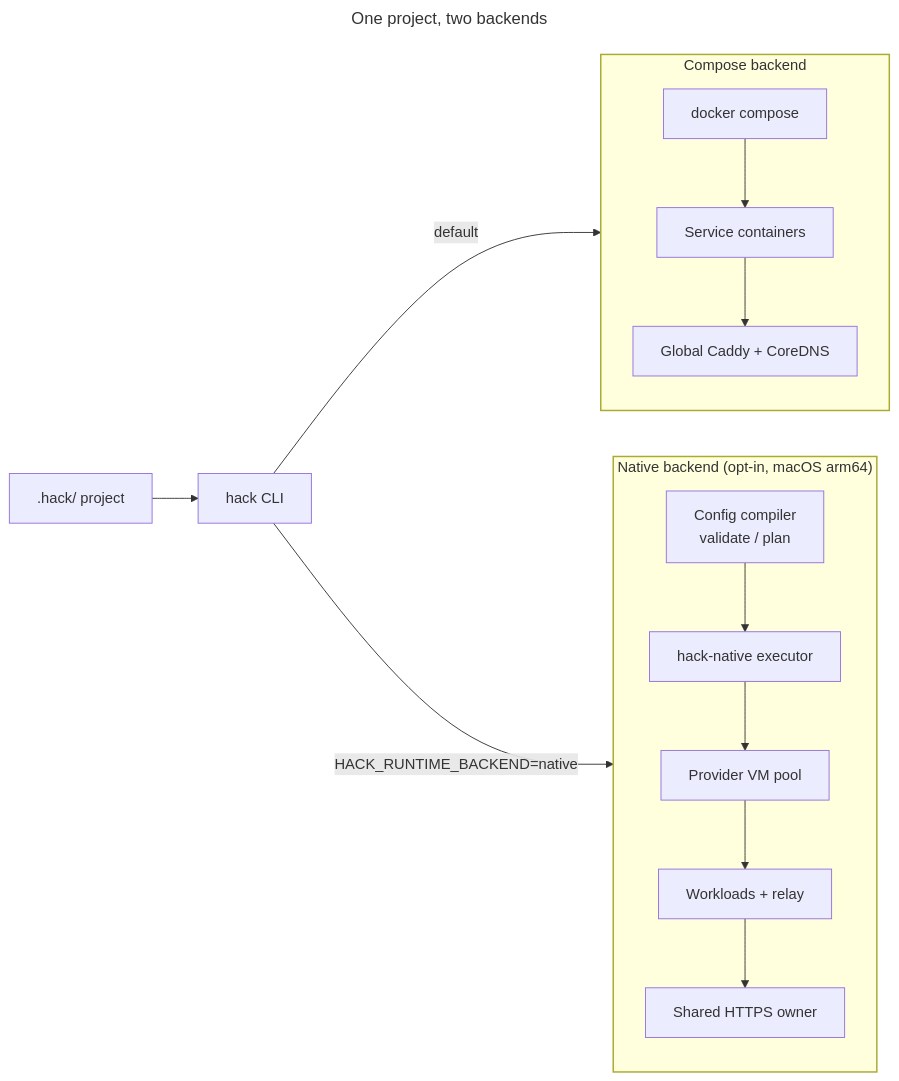
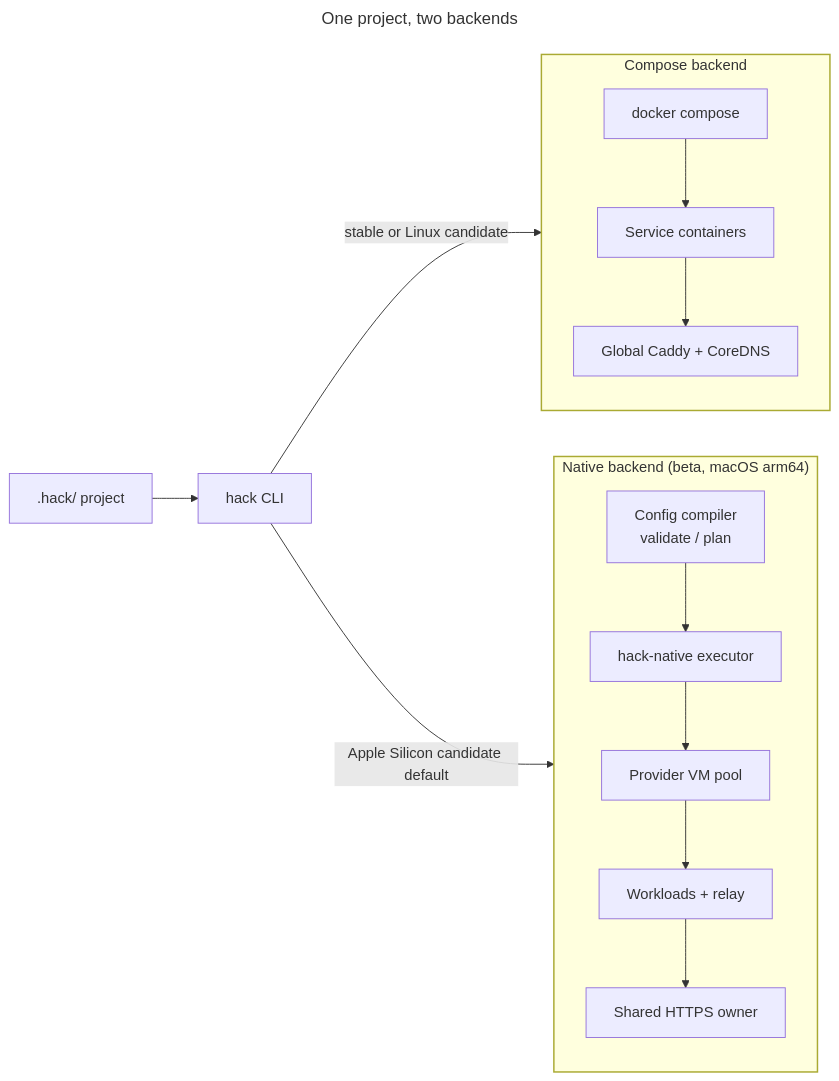
The second of 11 diagrams in docs/architecture.md (hack-dance/hack), drawn with Mermaid before and after one commit. The commit also changed other lines of this file and 32 other files, not shown here.

````diff
--- a/docs/architecture.md
+++ b/docs/architecture.md
@@ -64,30 +64,30 @@
 ```mermaid
 ---
 title: One project, two backends
 ---
 flowchart LR
   Repo[".hack/ project"]
   CLI["hack CLI"]
   Repo --> CLI
-  CLI -->|"default"| Compose
-  CLI -->|"HACK_RUNTIME_BACKEND=native"| Native
+  CLI -->|"stable or Linux candidate"| Compose
+  CLI -->|"Apple Silicon candidate default"| Native
 
   subgraph Compose["Compose backend"]
     direction TB
     DC["docker compose"] --> C1["Service containers"]
     C1 --> GlobalCaddy["Global Caddy + CoreDNS"]
   end
 
-  subgraph Native["Native backend (opt-in, macOS arm64)"]
+  subgraph Native["Native backend (beta, macOS arm64)"]
     direction TB
     Plan["Config compiler<br/>validate / plan"] --> Exec["hack-native executor"]
     Exec --> Pool["Provider VM pool"]
     Pool --> N1["Workloads + relay"]
     N1 --> NativeHttps["Shared HTTPS owner"]
   end
 
   classDef live stroke-width:1.6px
   classDef wait stroke-width:1.6px
   class Compose live
   class Native wait
 ```
````
